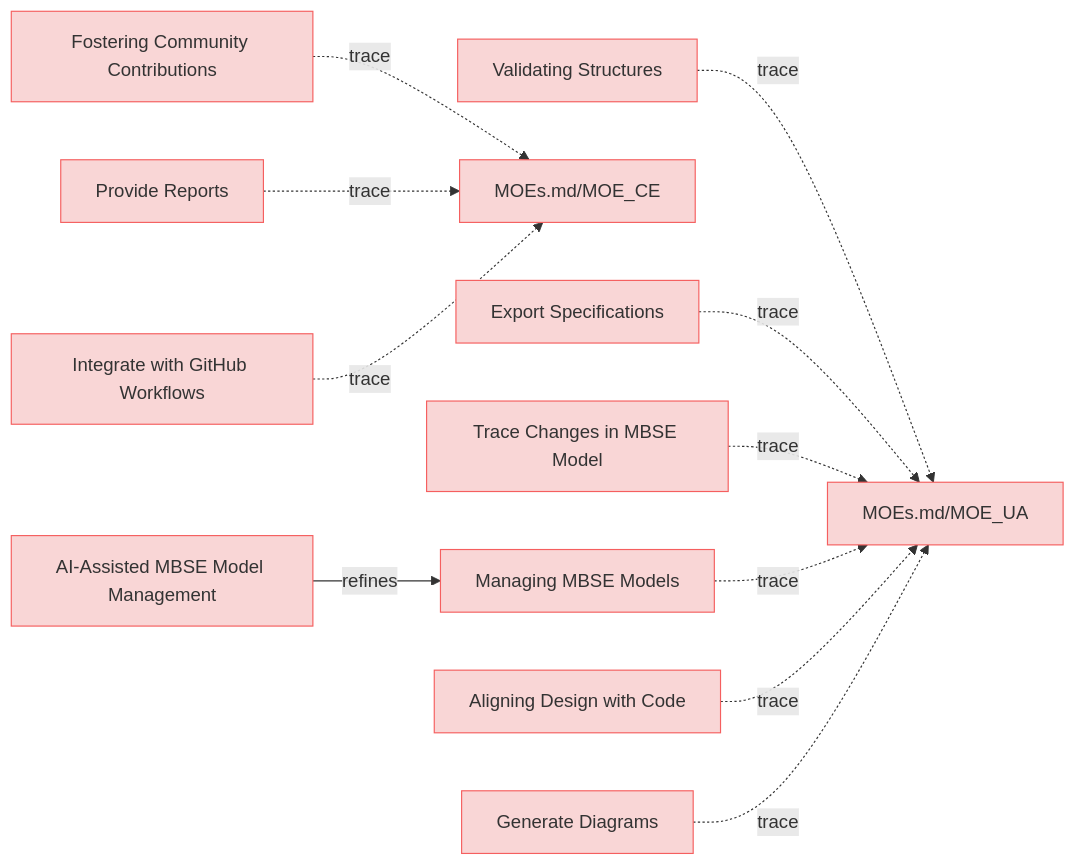
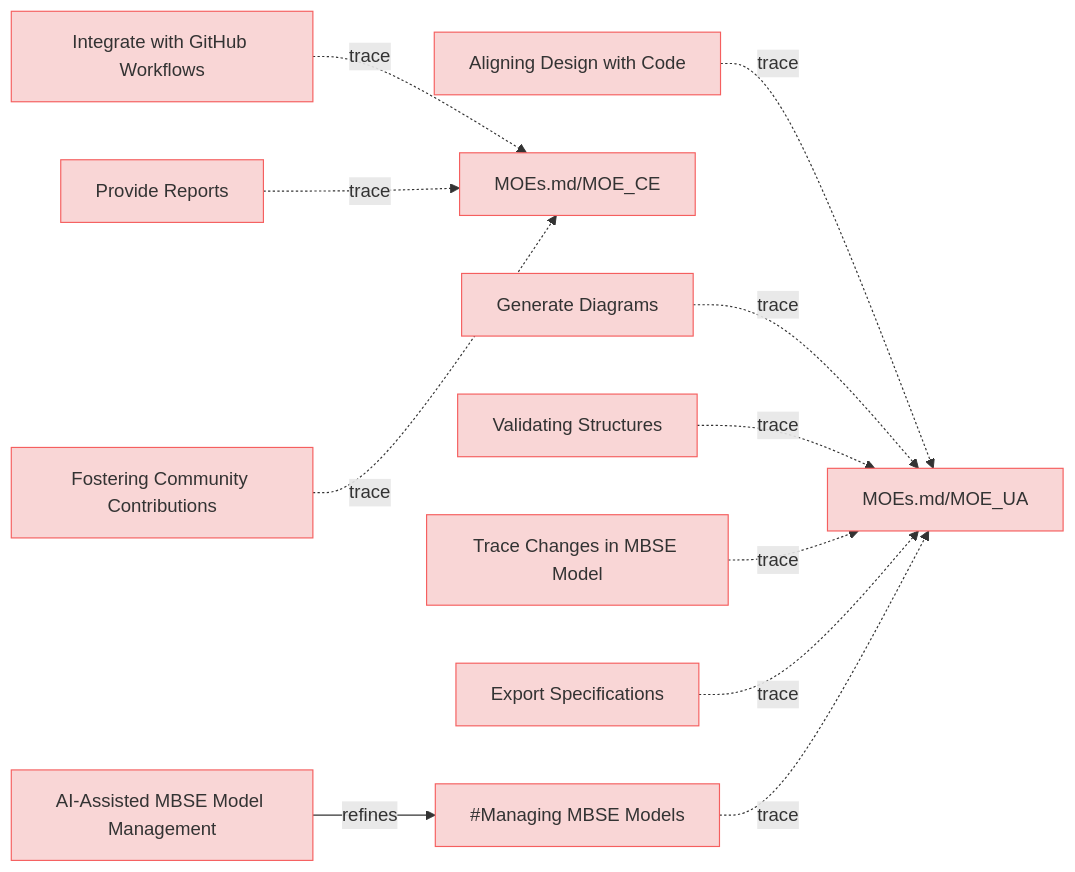
Before and after one commit to reqvire-org/reqvire: the diagram in specifications/UserStories.md, drawn with Mermaid. The commit also changed 14 other files, not shown here.

Commit message:
Diagrams updated.

````diff
--- a/specifications/UserStories.md
+++ b/specifications/UserStories.md
@@ -12,55 +12,55 @@
 ```mermaid
 graph LR;
   %% Graph styling
   classDef requirement fill:#f9d6d6,stroke:#f55f5f,stroke-width:1px;
   classDef verification fill:#d6f9d6,stroke:#5fd75f,stroke-width:1px;
   classDef externalLink fill:#d0e0ff,stroke:#3080ff,stroke-width:1px;
   classDef default fill:#f5f5f5,stroke:#333333,stroke-width:1px;
 
+  855a1b3061c7bcdd["Aligning Design with Code"];
+  class 855a1b3061c7bcdd requirement;
+  click 855a1b3061c7bcdd "UserStories.md#aligning-design-with-code";
+  2c5f30f14e792200["MOEs.md/MOE_UA"];
+  class 2c5f30f14e792200 requirement;
+  click 2c5f30f14e792200 "MOEs.md#moe_ua";
+  855a1b3061c7bcdd -.->|trace| 2c5f30f14e792200;
+  98eaeddc27f99e11["Integrate with GitHub Workflows"];
+  class 98eaeddc27f99e11 requirement;
+  click 98eaeddc27f99e11 "UserStories.md#integrate-with-github-workflows";
+  e9ad540a6411a0fc["MOEs.md/MOE_CE"];
+  class e9ad540a6411a0fc requirement;
+  click e9ad540a6411a0fc "MOEs.md#moe_ce";
+  98eaeddc27f99e11 -.->|trace| e9ad540a6411a0fc;
+  37a5b8e199a838f["Generate Diagrams"];
+  class 37a5b8e199a838f requirement;
+  click 37a5b8e199a838f "UserStories.md#generate-diagrams";
+  37a5b8e199a838f -.->|trace| 2c5f30f14e792200;
   113748a94885138d["Validating Structures"];
   class 113748a94885138d requirement;
   click 113748a94885138d "UserStories.md#validating-structures";
-  2c5f30f14e792200["MOEs.md/MOE_UA"];
-  class 2c5f30f14e792200 requirement;
-  click 2c5f30f14e792200 "MOEs.md#moe_ua";
   113748a94885138d -.->|trace| 2c5f30f14e792200;
-  1c32d488dd358c54["Fostering Community Contributions"];
-  class 1c32d488dd358c54 requirement;
-  click 1c32d488dd358c54 "UserStories.md#fostering-community-contributions";
-  e9ad540a6411a0fc["MOEs.md/MOE_CE"];
-  class e9ad540a6411a0fc requirement;
-  click e9ad540a6411a0fc "MOEs.md#moe_ce";
-  1c32d488dd358c54 -.->|trace| e9ad540a6411a0fc;
-  b3b899678f557ee9["Export Specifications"];
-  class b3b899678f557ee9 requirement;
-  click b3b899678f557ee9 "UserStories.md#export-specifications";
-  b3b899678f557ee9 -.->|trace| 2c5f30f14e792200;
   91a0adb0b4d959c4["Provide Reports"];
   class 91a0adb0b4d959c4 requirement;
   click 91a0adb0b4d959c4 "UserStories.md#provide-reports";
   91a0adb0b4d959c4 -.->|trace| e9ad540a6411a0fc;
   5ef9c8ae19a9f55a["Trace Changes in MBSE Model"];
   class 5ef9c8ae19a9f55a requirement;
   click 5ef9c8ae19a9f55a "UserStories.md#trace-changes-in-mbse-model";
   5ef9c8ae19a9f55a -.->|trace| 2c5f30f14e792200;
-  e61b7c1baa89bfc6["Managing MBSE Models"];
-  class e61b7c1baa89bfc6 requirement;
-  click e61b7c1baa89bfc6 "UserStories.md#managing-mbse-models";
-  e61b7c1baa89bfc6 -.->|trace| 2c5f30f14e792200;
   cd2d5dab49985ca2["AI-Assisted MBSE Model Management"];
   class cd2d5dab49985ca2 requirement;
   click cd2d5dab49985ca2 "UserStories.md#ai-assisted-mbse-model-management";
+  e61b7c1baa89bfc6["#Managing MBSE Models"];
+  class e61b7c1baa89bfc6 requirement;
+  click e61b7c1baa89bfc6 "UserStories.md#managing-mbse-models";
   cd2d5dab49985ca2 -->|refines| e61b7c1baa89bfc6;
-  98eaeddc27f99e11["Integrate with GitHub Workflows"];
-  class 98eaeddc27f99e11 requirement;
-  click 98eaeddc27f99e11 "UserStories.md#integrate-with-github-workflows";
-  98eaeddc27f99e11 -.->|trace| e9ad540a6411a0fc;
-  855a1b3061c7bcdd["Aligning Design with Code"];
-  class 855a1b3061c7bcdd requirement;
-  click 855a1b3061c7bcdd "UserStories.md#aligning-design-with-code";
-  855a1b3061c7bcdd -.->|trace| 2c5f30f14e792200;
-  37a5b8e199a838f["Generate Diagrams"];
-  class 37a5b8e199a838f requirement;
-  click 37a5b8e199a838f "UserStories.md#generate-diagrams";
-  37a5b8e199a838f -.->|trace| 2c5f30f14e792200;
+  b3b899678f557ee9["Export Specifications"];
+  class b3b899678f557ee9 requirement;
+  click b3b899678f557ee9 "UserStories.md#export-specifications";
+  b3b899678f557ee9 -.->|trace| 2c5f30f14e792200;
+  e61b7c1baa89bfc6 -.->|trace| 2c5f30f14e792200;
+  1c32d488dd358c54["Fostering Community Contributions"];
+  class 1c32d488dd358c54 requirement;
+  click 1c32d488dd358c54 "UserStories.md#fostering-community-contributions";
+  1c32d488dd358c54 -.->|trace| e9ad540a6411a0fc;
 ```
````
